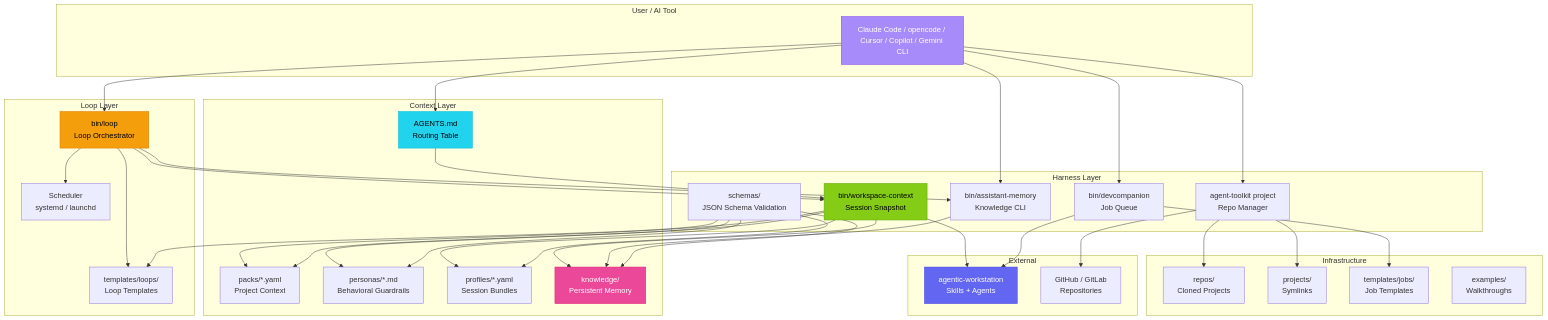
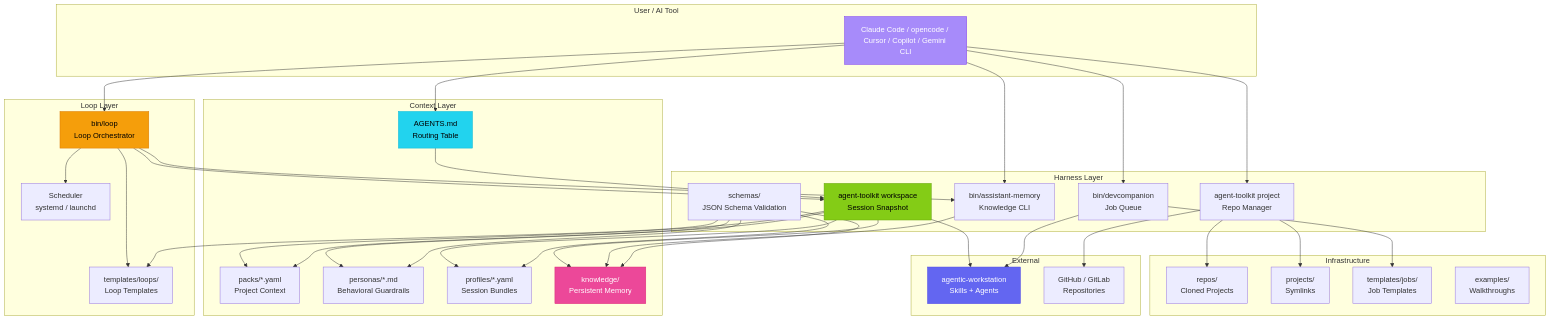
Before and after one commit to ulises-jeremias/agentic-harness: the first of 2 diagrams in docs/ARCHITECTURE.md, drawn with Mermaid. The commit also changed other lines of this file and 20 other files, not shown here.

First line of the commit message:
chore: collapse bin/workspace-context to 45-line delegation shim (#178)

````diff
--- a/docs/ARCHITECTURE.md
+++ b/docs/ARCHITECTURE.md
@@ -9,79 +9,79 @@
 ```mermaid
 graph TB
     subgraph "User / AI Tool"
         AI[Claude Code / opencode / Cursor / Copilot / Gemini CLI]
     end
 
     subgraph "Context Layer"
         AGENTS[AGENTS.md<br/>Routing Table]
         PACKS[packs/*.yaml<br/>Project Context]
         PERSONAS[personas/*.md<br/>Behavioral Guardrails]
         PROFILES[profiles/*.yaml<br/>Session Bundles]
         KNOWLEDGE[knowledge/<br/>Persistent Memory]
     end
 
     subgraph "Harness Layer"
-        WCTX[bin/workspace-context<br/>Session Snapshot]
+        WCTX[agent-toolkit workspace<br/>Session Snapshot]
         AMEM[bin/assistant-memory<br/>Knowledge CLI]
         DC[bin/devcompanion<br/>Job Queue]
         PI[agent-toolkit project<br/>Repo Manager]
         SCHEMAS[schemas/<br/>JSON Schema Validation]
     end
 
     subgraph "Loop Layer"
         LOOP[bin/loop<br/>Loop Orchestrator]
         TEMPLATES[templates/loops/<br/>Loop Templates]
         SCHEDULER[Scheduler<br/>systemd / launchd]
     end
 
     subgraph "Infrastructure"
         REPOS[repos/<br/>Cloned Projects]
         PROJS[projects/<br/>Symlinks]
         JOBS[templates/jobs/<br/>Job Templates]
         EXAMPLES[examples/<br/>Walkthroughs]
     end
 
     subgraph "External"
         WS[agentic-workstation<br/>Skills + Agents]
         GIT[GitHub / GitLab<br/>Repositories]
     end
 
     AI --> AGENTS
     AGENTS --> WCTX
     WCTX --> PACKS
     WCTX --> PERSONAS
     WCTX --> PROFILES
     WCTX --> KNOWLEDGE
     WCTX --> WS
 
     AI --> AMEM
     AMEM --> KNOWLEDGE
 
     AI --> DC
     DC --> JOBS
     DC --> WS
 
     AI --> PI
     PI --> REPOS
     PI --> PROJS
     PI --> GIT
 
     AI --> LOOP
     LOOP --> TEMPLATES
     LOOP --> SCHEDULER
     LOOP --> WCTX
     LOOP --> AMEM
 
     SCHEMAS --> PACKS
     SCHEMAS --> PERSONAS
     SCHEMAS --> PROFILES
     SCHEMAS --> KNOWLEDGE
     SCHEMAS --> TEMPLATES
 
     style AI fill:#a78bfa,stroke:#7c3aed,color:#fff
     style AGENTS fill:#22d3ee,stroke:#06b6d4,color:#000
     style WCTX fill:#84cc16,stroke:#65a30d,color:#000
     style LOOP fill:#f59e0b,stroke:#d97706,color:#000
     style KNOWLEDGE fill:#ec4899,stroke:#db2777,color:#fff
     style WS fill:#6366f1,stroke:#4f46e5,color:#fff
 ```
````
